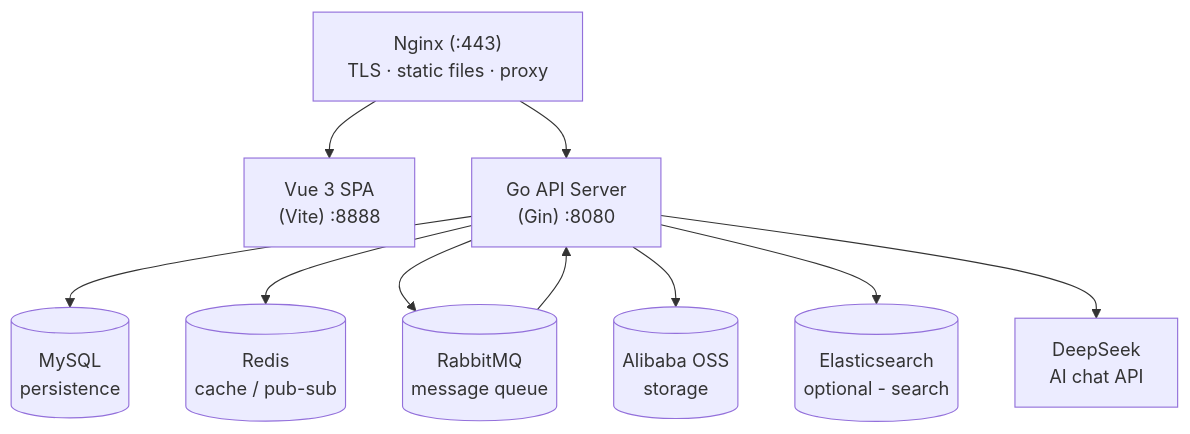
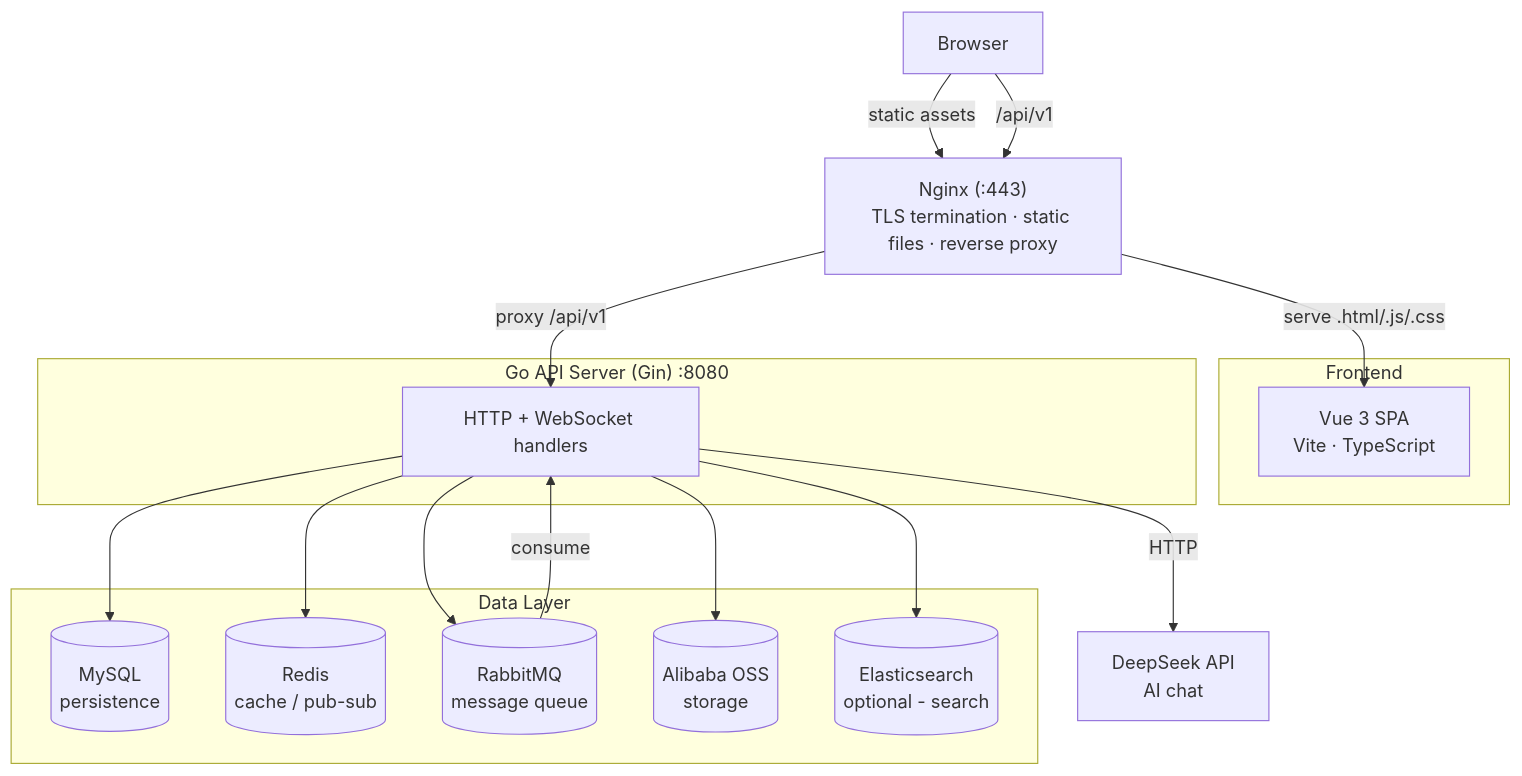
Before and after one commit to earthcake2233/cakecake: the first of 4 diagrams in docs/ARCHITECTURE.md, drawn with Mermaid.

Commit message:
fix: correct architecture diagram showing Nginx serving static files and proxying API

````diff
--- a/docs/ARCHITECTURE.md
+++ b/docs/ARCHITECTURE.md
@@ -7,22 +7,35 @@
 ```mermaid
 graph TB
-    Nginx["Nginx (:443)<br/>TLS · static files · proxy"]
-    Vue["Vue 3 SPA<br/>(Vite) :8888"]
-    Gin["Go API Server<br/>(Gin) :8080"]
-    MySQL[("MySQL<br/>persistence")]
-    Redis[("Redis<br/>cache / pub-sub")]
-    RMQ[("RabbitMQ<br/>message queue")]
-    OSS[("Alibaba OSS<br/>storage")]
-    ES[("Elasticsearch<br/>optional - search")]
-    DS["DeepSeek<br/>AI chat API"]
+    Browser["Browser"]
+    Nginx["Nginx (:443)<br/>TLS termination · static files · reverse proxy"]
 
-    Nginx --> Vue
-    Nginx --> Gin
+    subgraph Frontend["Frontend"]
+        Vue["Vue 3 SPA<br/>Vite · TypeScript"]
+    end
+
+    subgraph Backend["Go API Server (Gin) :8080"]
+        Gin["HTTP + WebSocket handlers"]
+    end
+
+    subgraph Data["Data Layer"]
+        MySQL[("MySQL<br/>persistence")]
+        Redis[("Redis<br/>cache / pub-sub")]
+        RMQ[("RabbitMQ<br/>message queue")]
+        OSS[("Alibaba OSS<br/>storage")]
+        ES[("Elasticsearch<br/>optional - search")]
+    end
+
+    DS["DeepSeek API<br/>AI chat"]
+
+    Browser -->|static assets| Nginx
+    Browser -->|/api/v1| Nginx
+    Nginx -->|serve .html/.js/.css| Vue
+    Nginx -->|proxy /api/v1| Gin
     Gin --> MySQL
     Gin --> Redis
     Gin --> RMQ
     Gin --> OSS
     Gin --> ES
-    Gin --> DS
-    RMQ --> Gin
+    Gin -->|HTTP| DS
+    RMQ -->|consume| Gin
 ```
````
